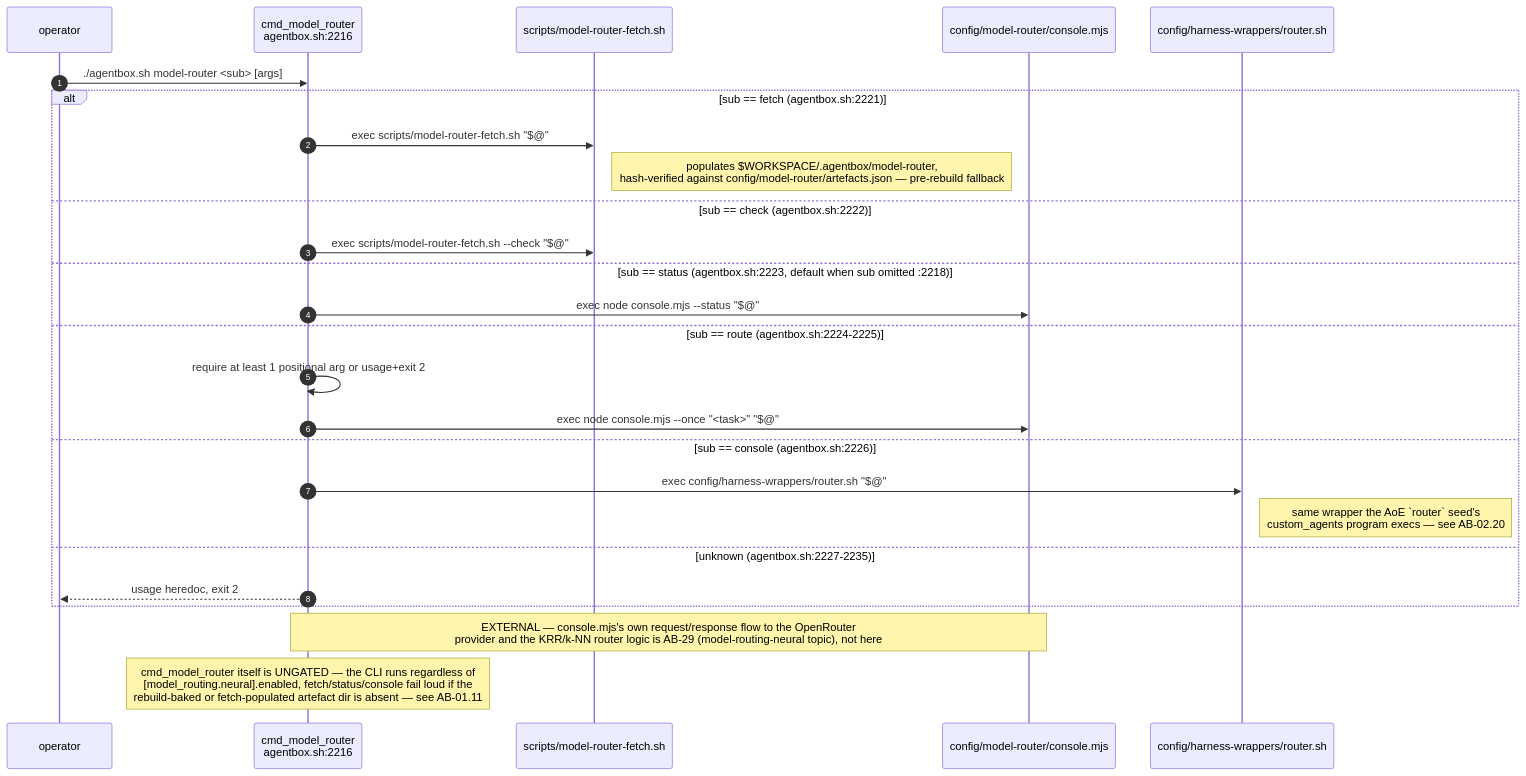
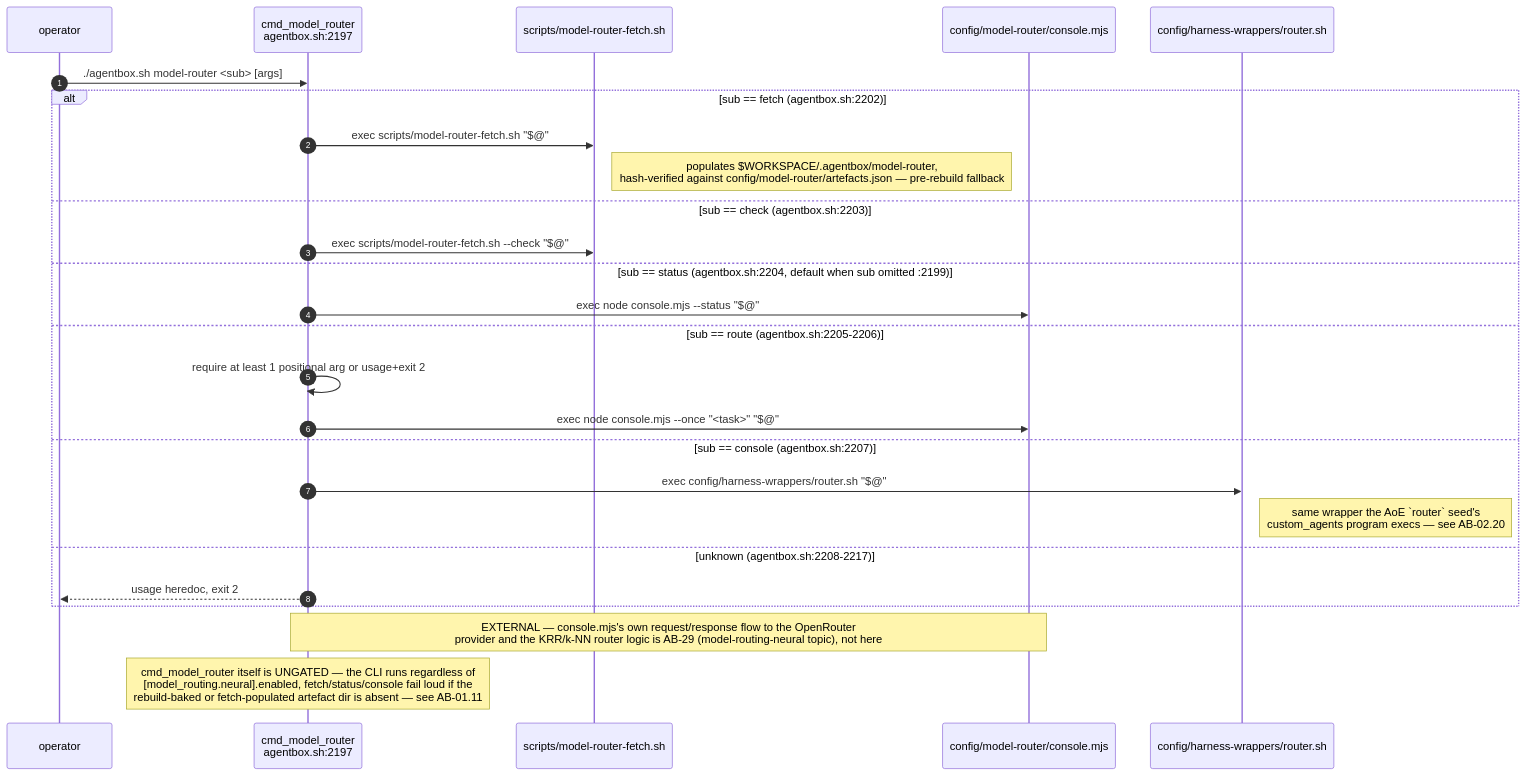
Before and after one commit to DreamLab-AI/VisionFlow: diagram 11 of 15 in docs/diagrams/agentbox/05-manifest-gates-and-cli.md, drawn with Mermaid. The commit also changed other lines of this file and 111 other files, not shown here.

Commit message:
docs(diagrams): align estate maps with current source

````diff
--- a/docs/diagrams/agentbox/05-manifest-gates-and-cli.md
+++ b/docs/diagrams/agentbox/05-manifest-gates-and-cli.md
@@ -334,30 +339,30 @@
 ```mermaid
 sequenceDiagram
     autonumber
     participant OP as operator
-    participant AB as cmd_model_router<br/>agentbox.sh:2216
+    participant AB as cmd_model_router<br/>agentbox.sh:2197
     participant FETCH as scripts/model-router-fetch.sh
     participant CONSOLE as config/model-router/console.mjs
     participant WRAP as config/harness-wrappers/router.sh
 
     OP->>AB: ./agentbox.sh model-router <sub> [args]
-    alt sub == fetch (agentbox.sh:2221)
+    alt sub == fetch (agentbox.sh:2202)
         AB->>FETCH: exec scripts/model-router-fetch.sh "$@"
         Note right of FETCH: populates $WORKSPACE/.agentbox/model-router,<br/>hash-verified against config/model-router/artefacts.json — pre-rebuild fallback
-    else sub == check (agentbox.sh:2222)
+    else sub == check (agentbox.sh:2203)
         AB->>FETCH: exec scripts/model-router-fetch.sh --check "$@"
-    else sub == status (agentbox.sh:2223, default when sub omitted :2218)
+    else sub == status (agentbox.sh:2204, default when sub omitted :2199)
         AB->>CONSOLE: exec node console.mjs --status "$@"
-    else sub == route (agentbox.sh:2224-2225)
+    else sub == route (agentbox.sh:2205-2206)
         AB->>AB: require at least 1 positional arg or usage+exit 2
         AB->>CONSOLE: exec node console.mjs --once "<task>" "$@"
-    else sub == console (agentbox.sh:2226)
+    else sub == console (agentbox.sh:2207)
         AB->>WRAP: exec config/harness-wrappers/router.sh "$@"
         Note right of WRAP: same wrapper the AoE `router` seed's<br/>custom_agents program execs — see AB-02.20
-    else unknown (agentbox.sh:2227-2235)
+    else unknown (agentbox.sh:2208-2217)
         AB-->>OP: usage heredoc, exit 2
     end
 
     Note over AB,CONSOLE: EXTERNAL — console.mjs's own request/response flow to the OpenRouter<br/>provider and the KRR/k-NN router logic is AB-29 (model-routing-neural topic), not here
     Note over AB: cmd_model_router itself is UNGATED — the CLI runs regardless of<br/>[model_routing.neural].enabled, fetch/status/console fail loud if the<br/>rebuild-baked or fetch-populated artefact dir is absent — see AB-01.11
 ```
````
